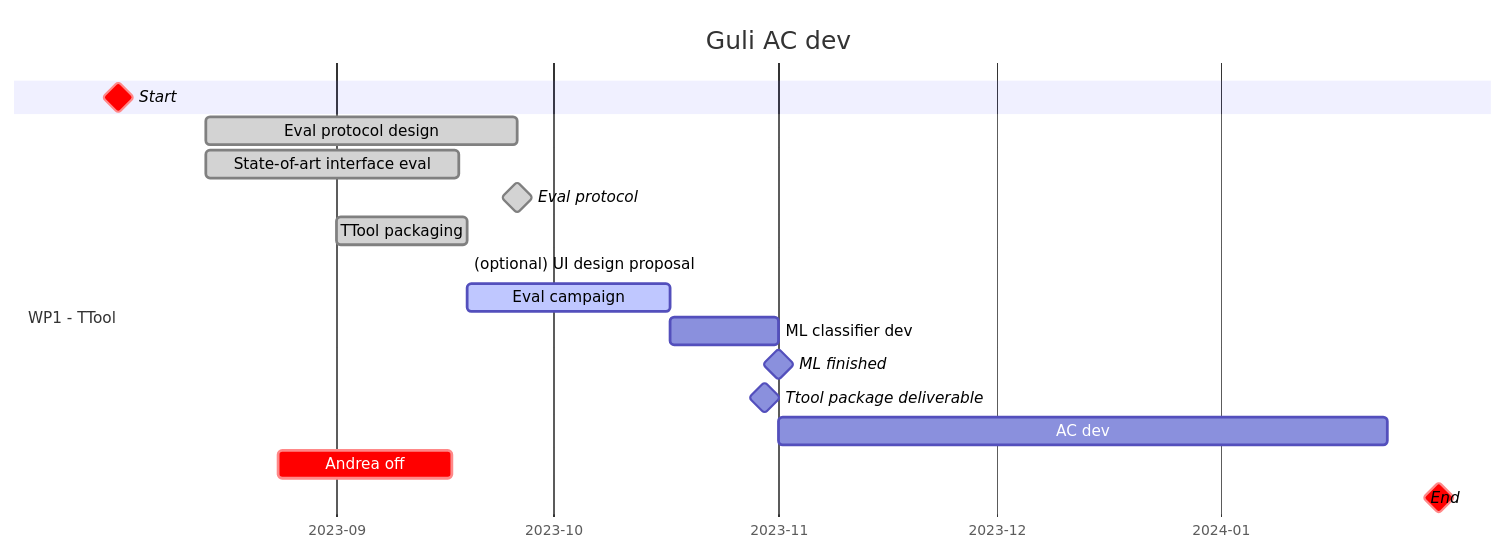
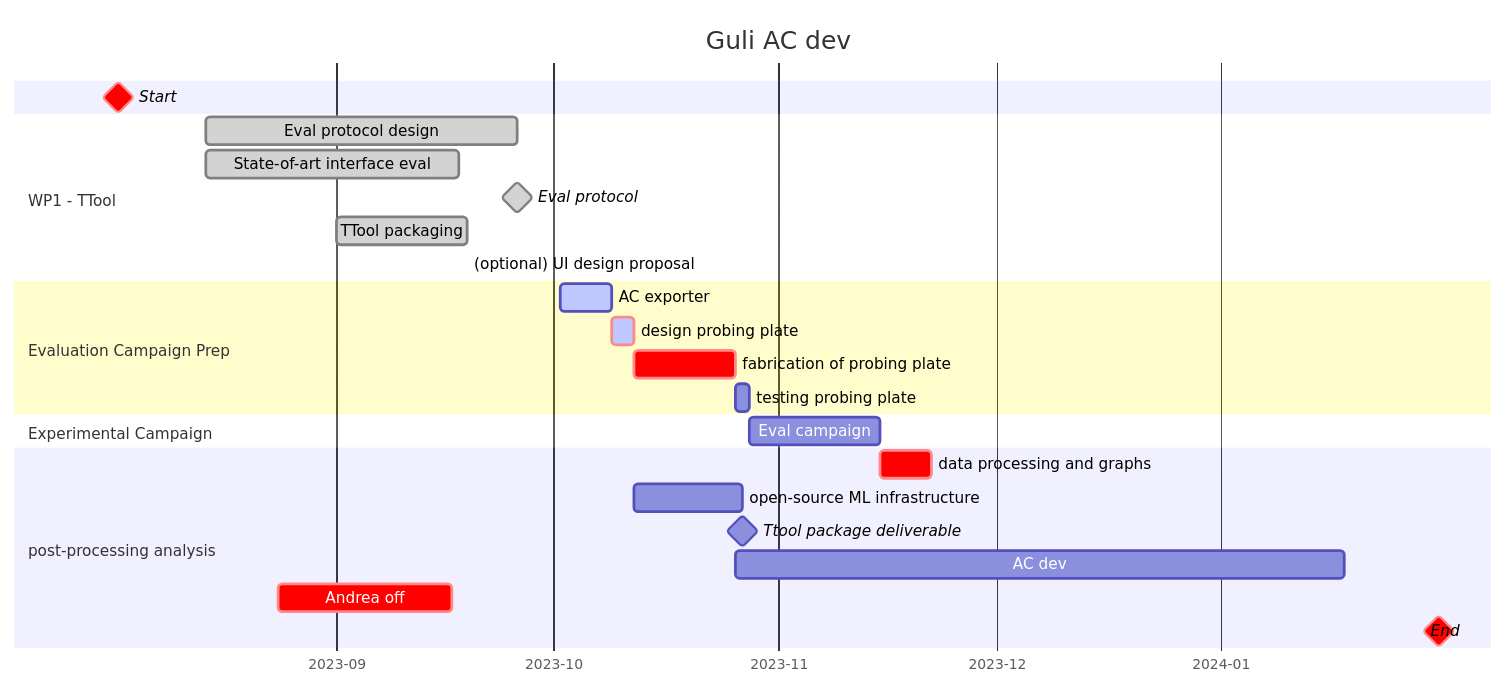
Before and after one commit to ibois-epfl/augmented-carpentry: the second of 2 diagrams in README.md, drawn with Mermaid.

Commit message:
ADD: updated planning to push to main

````diff
--- a/README.md
+++ b/README.md
@@ -42,28 +42,40 @@
 ```mermaid
 gantt
     dateFormat  YYYY-MM-DD
     title       Guli AC dev
     axisFormat %Y-%m
 
     Start                                                     :milestone, crit, strt, 2023-08-02, 0d
 
     section WP1 - TTool
     Eval protocol design                                      :done, cmkprj, 2023-08-14, 6.2w
     State-of-art interface eval                               :done, ref, 2023-08-14, 5w
     Eval protocol                                             :done, milestone, milttol, 2023-09-26, 0d
     
     TTool packaging                                           :done, packcont, 2023-09-01, 2.5w
 
 
     (optional) UI design proposal                             :uidesign, after packcont, 0d
-    Eval campaign                                             :active, eval, after uidesign, 4w
-    ML classifier dev                                         :mlclass, after eval, 15d
-    ML finished                                               :milestone, mlclasmil, after mlclass, 0d
-    Ttool package deliverable                                 :milestone, del1, 2023-10-30, 0d
+
+    section Evaluation Campaign Prep
+    AC exporter                                               :active, acexp, 2023-10-02, 1w
+    design probing plate                                      :crit, active, probplt, after acexp, 3d
+    fabrication of probing plate                              :crit, fabplt, after probplt, 2w
+    testing probing plate                                     :testplt, after fabplt, 2d 
+
+    section Experimental Campaign
+    Eval campaign                                             :eval, after testplt, 2.5w
+
+    section post-processing analysis
+    data processing and graphs                                :crit, dataaprgr, after eval, 1w
+
+    open-source ML infrastructure                             :mlclass, after probplt, 15d
+
+    Ttool package deliverable                                 :milestone, del1, after mlclass, 0d
     
     AC dev                                                    :acdev, after mlclasmil, 12w
 
     Andrea off                                                :crit, 2023-08-24, 2023-09-17
 
     End                                                       :milestone, crit, ender, 2024-01-31, 0d
 ```
````
